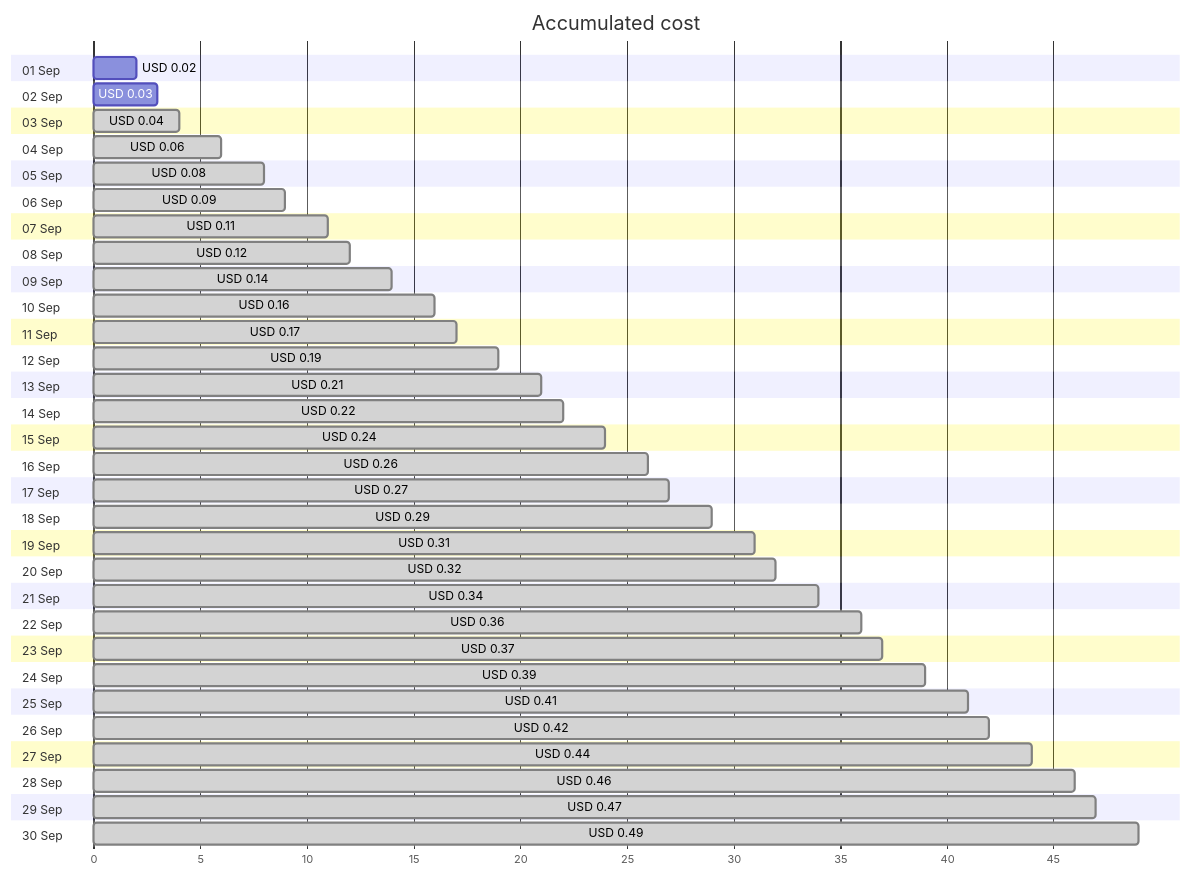
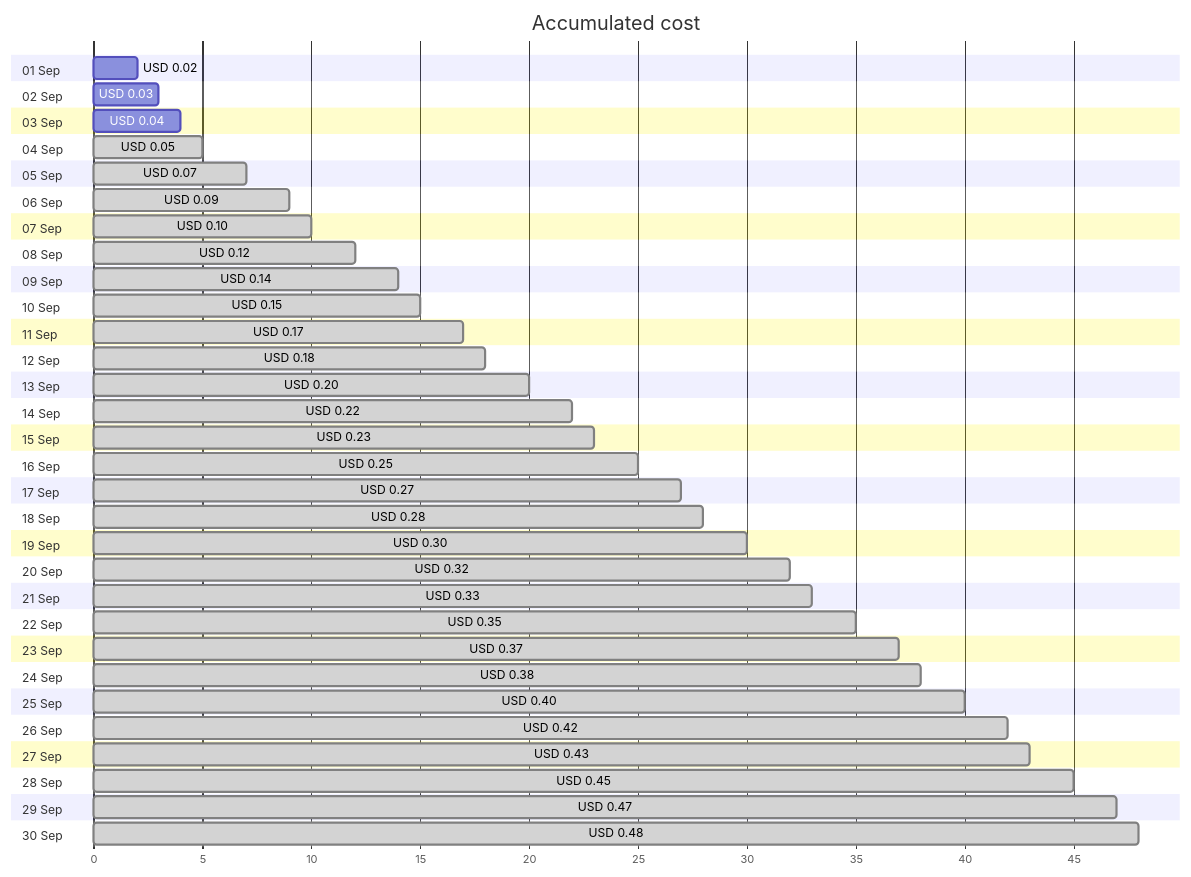
One commit to jpfulton/azure-personal-reports changed the first of 4 diagrams in cost-reports/personal-dns/jpatrickfulton.dev.md. Above: the diagram before and after it, drawn with Mermaid. The commit also changed other lines of this file and 2 other files, not shown here.

Commit message:
Generated reports [skip ci]

````diff
--- a/cost-reports/personal-dns/jpatrickfulton.dev.md
+++ b/cost-reports/personal-dns/jpatrickfulton.dev.md
@@ -20,66 +20,66 @@
 ```mermaid
 gantt
    title Accumulated cost
    dateFormat  X
    axisFormat %s
    section 01 Sep
    USD 0.02 :0, 2
    section 02 Sep
    USD 0.03 :0, 3
    section 03 Sep
-   USD 0.04 : done, 0, 4
+   USD 0.04 :0, 4
    section 04 Sep
-   USD 0.06 : done, 0, 6
+   USD 0.05 : done, 0, 5
    section 05 Sep
-   USD 0.08 : done, 0, 8
+   USD 0.07 : done, 0, 7
    section 06 Sep
    USD 0.09 : done, 0, 9
    section 07 Sep
-   USD 0.11 : done, 0, 11
+   USD 0.10 : done, 0, 10
    section 08 Sep
    USD 0.12 : done, 0, 12
    section 09 Sep
    USD 0.14 : done, 0, 14
    section 10 Sep
-   USD 0.16 : done, 0, 16
+   USD 0.15 : done, 0, 15
    section 11 Sep
    USD 0.17 : done, 0, 17
    section 12 Sep
-   USD 0.19 : done, 0, 19
+   USD 0.18 : done, 0, 18
    section 13 Sep
-   USD 0.21 : done, 0, 21
+   USD 0.20 : done, 0, 20
    section 14 Sep
    USD 0.22 : done, 0, 22
    section 15 Sep
-   USD 0.24 : done, 0, 24
+   USD 0.23 : done, 0, 23
    section 16 Sep
-   USD 0.26 : done, 0, 26
+   USD 0.25 : done, 0, 25
    section 17 Sep
    USD 0.27 : done, 0, 27
    section 18 Sep
-   USD 0.29 : done, 0, 29
+   USD 0.28 : done, 0, 28
    section 19 Sep
-   USD 0.31 : done, 0, 31
+   USD 0.30 : done, 0, 30
    section 20 Sep
    USD 0.32 : done, 0, 32
    section 21 Sep
-   USD 0.34 : done, 0, 34
+   USD 0.33 : done, 0, 33
    section 22 Sep
-   USD 0.36 : done, 0, 36
+   USD 0.35 : done, 0, 35
    section 23 Sep
    USD 0.37 : done, 0, 37
    section 24 Sep
-   USD 0.39 : done, 0, 39
+   USD 0.38 : done, 0, 38
    section 25 Sep
-   USD 0.41 : done, 0, 41
+   USD 0.40 : done, 0, 40
    section 26 Sep
    USD 0.42 : done, 0, 42
    section 27 Sep
-   USD 0.44 : done, 0, 44
+   USD 0.43 : done, 0, 43
    section 28 Sep
-   USD 0.46 : done, 0, 46
+   USD 0.45 : done, 0, 45
    section 29 Sep
    USD 0.47 : done, 0, 47
    section 30 Sep
-   USD 0.49 : done, 0, 49
+   USD 0.48 : done, 0, 48
 ```
````
